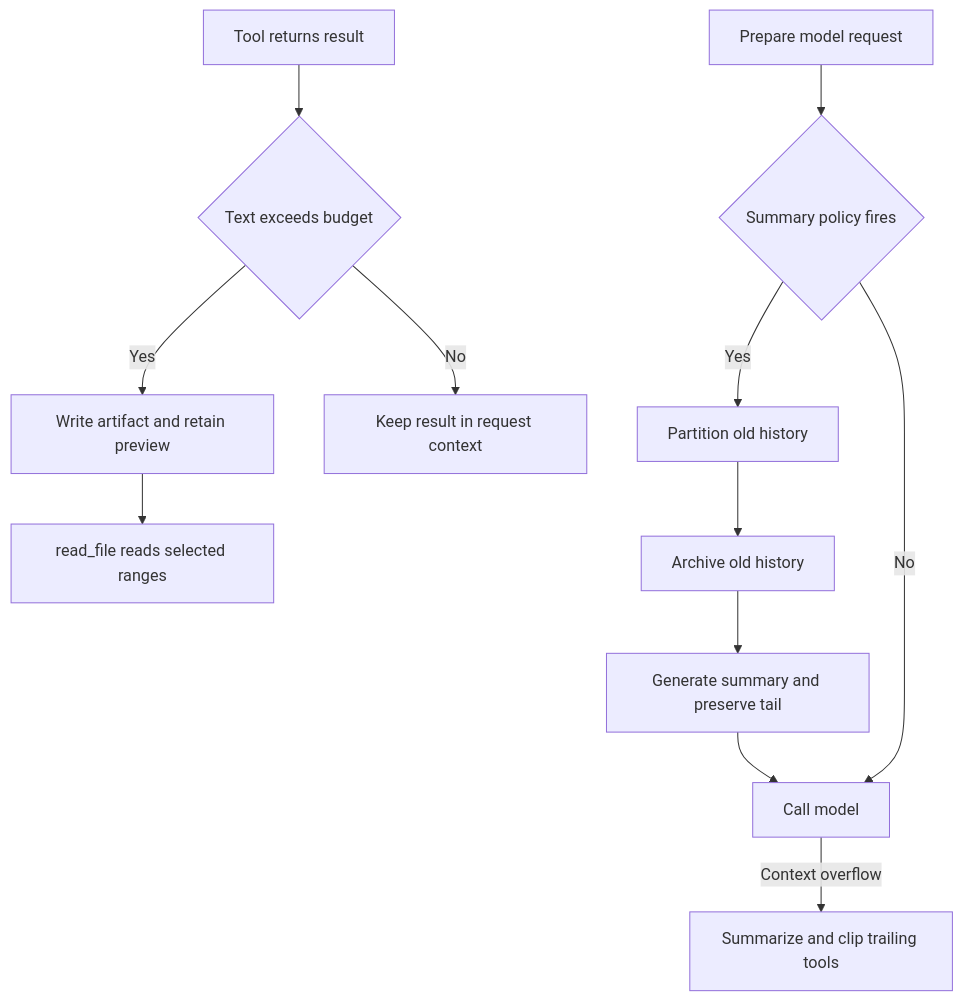
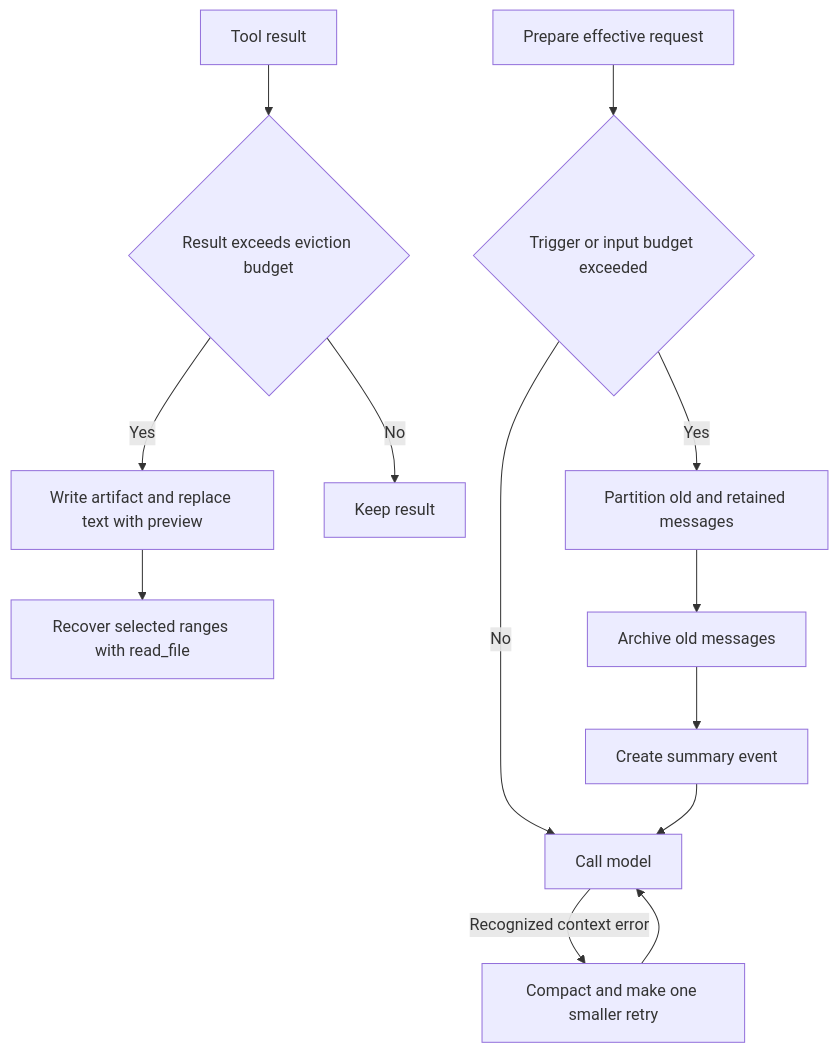
The first of 2 diagrams in openwiki/concepts/context-management.md (langchain-ai/deepagents), drawn with Mermaid before and after one commit. The commit also changed other lines of this file and 63 other files, not shown here.

````diff
--- a/openwiki/concepts/context-management.md
+++ b/openwiki/concepts/context-management.md
@@ -45,14 +41,15 @@
 ```mermaid
 flowchart TD
-    Tool["Tool returns result"] --> Oversize{"Text exceeds budget"}
-    Oversize -->|Yes| Evict["Write artifact and retain preview"]
-    Oversize -->|No| Keep["Keep result in request context"]
-    Request["Prepare model request"] --> Trigger{"Summary policy fires"}
-    Trigger -->|Yes| Plan["Partition old history"]
-    Trigger -->|No| Call["Call model"]
-    Plan --> Archive["Archive old history"]
-    Archive --> Summary["Generate summary and preserve tail"]
-    Summary --> Call
-    Call -->|Context overflow| Recover["Summarize and clip trailing tools"]
-    Evict --> Read["read_file reads selected ranges"]
+    Tool["Tool result"] --> Large{"Result exceeds eviction budget"}
+    Large -->|Yes| Artifact["Write artifact and replace text with preview"]
+    Large -->|No| Stored["Keep result"]
+    Request["Prepare effective request"] --> Trigger{"Trigger or input budget exceeded"}
+    Trigger -->|No| Model["Call model"]
+    Trigger -->|Yes| Partition["Partition old and retained messages"]
+    Partition --> Archive["Archive old messages"]
+    Archive --> Summary["Create summary event"]
+    Summary --> Model
+    Model -->|Recognized context error| Recover["Compact and make one smaller retry"]
+    Recover --> Model
+    Artifact --> Read["Recover selected ranges with read_file"]
 ```
````
